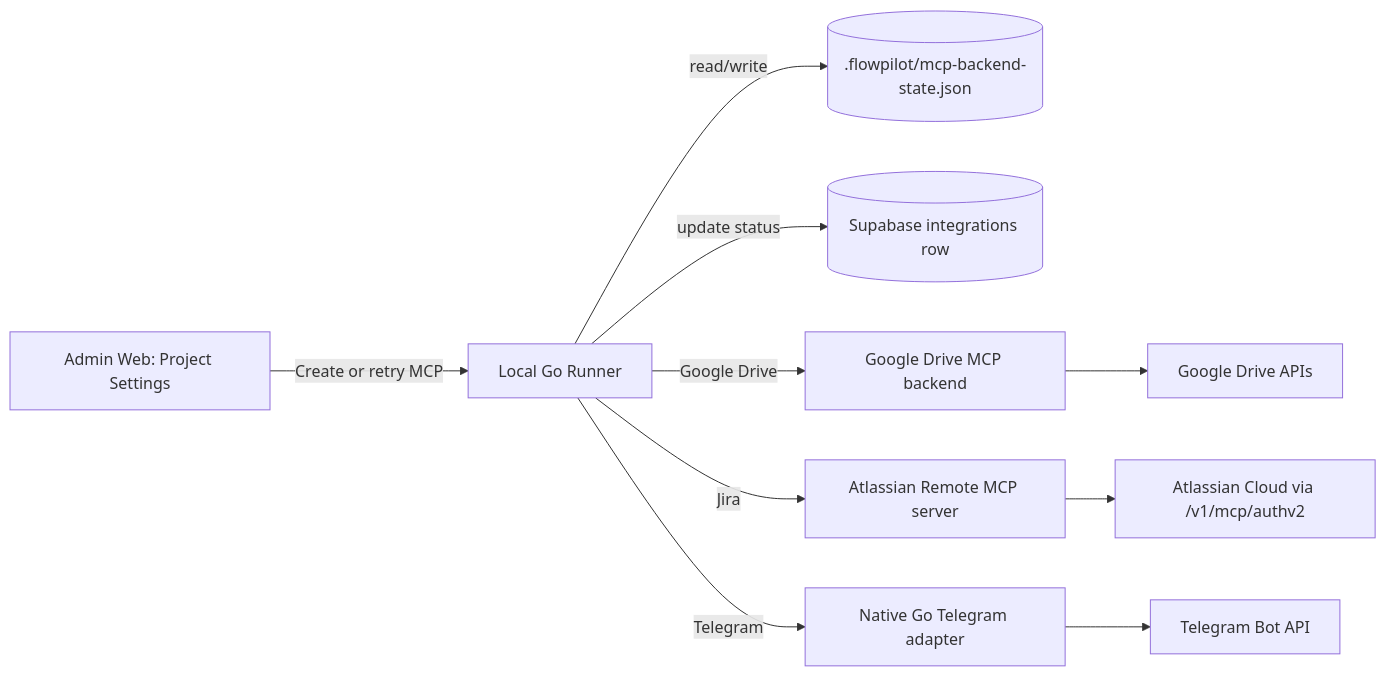
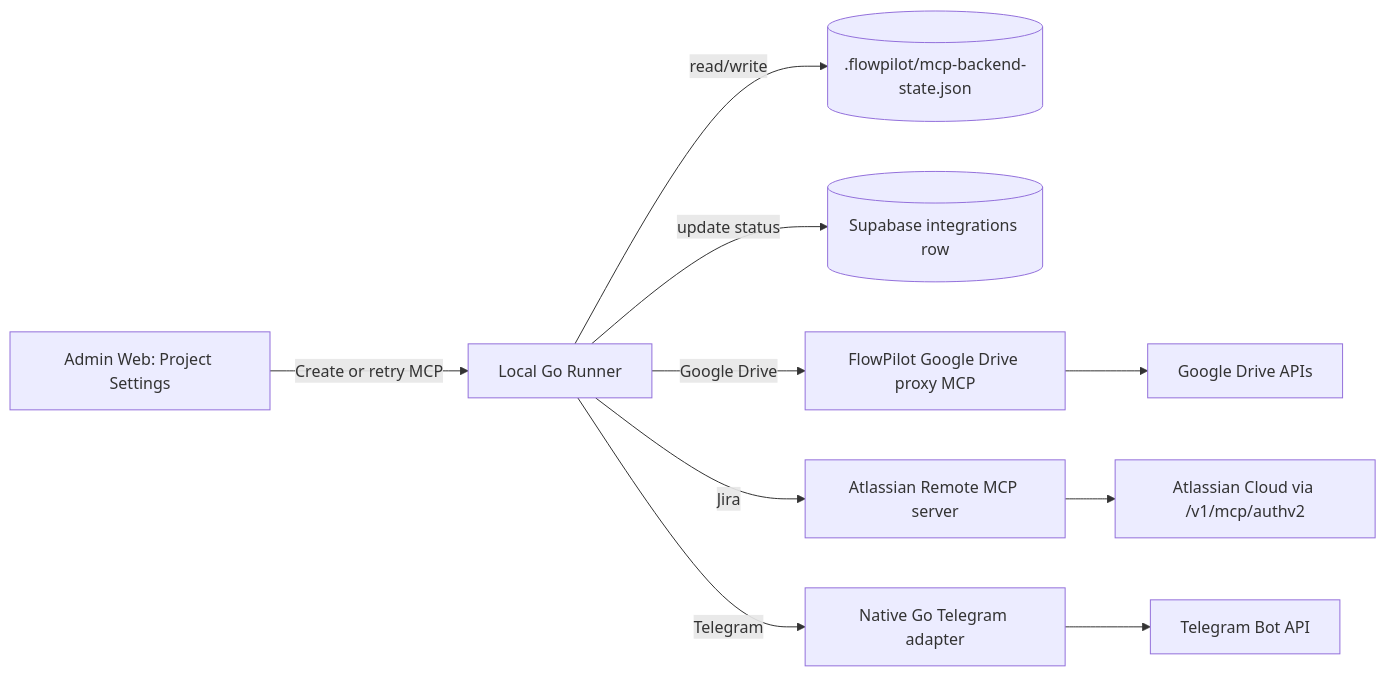
One commit to dattien96/flowpilot changed the first of 2 diagrams in requirements/06-System-Tech-Design/SD-11-MCP-Connection-Flows.md. Above: the diagram before and after it, drawn with Mermaid. The commit also changed other lines of this file and 6 other files, not shown here.

Commit message:
[Docs]: Update Google Drive docs

````diff
--- a/requirements/06-System-Tech-Design/SD-11-MCP-Connection-Flows.md
+++ b/requirements/06-System-Tech-Design/SD-11-MCP-Connection-Flows.md
@@ -22,14 +22,14 @@
 ```mermaid
 flowchart LR
   UI[Admin Web: Project Settings] -->|Create or retry MCP| Runner[Local Go Runner]
   Runner -->|read/write| State[(.flowpilot/mcp-backend-state.json)]
   Runner -->|update status| DB[(Supabase integrations row)]
 
-  Runner -->|Google Drive| GDMCP[Google Drive MCP backend]
+  Runner -->|Google Drive| GDMCP[FlowPilot Google Drive proxy MCP]
   Runner -->|Jira| AMCP[Atlassian Remote MCP server]
   Runner -->|Telegram| TG[Native Go Telegram adapter]
 
   GDMCP --> GDAPI[Google Drive APIs]
   AMCP --> ATLAS[Atlassian Cloud via /v1/mcp/authv2]
   TG --> TGAPI[Telegram Bot API]
 ```
````
